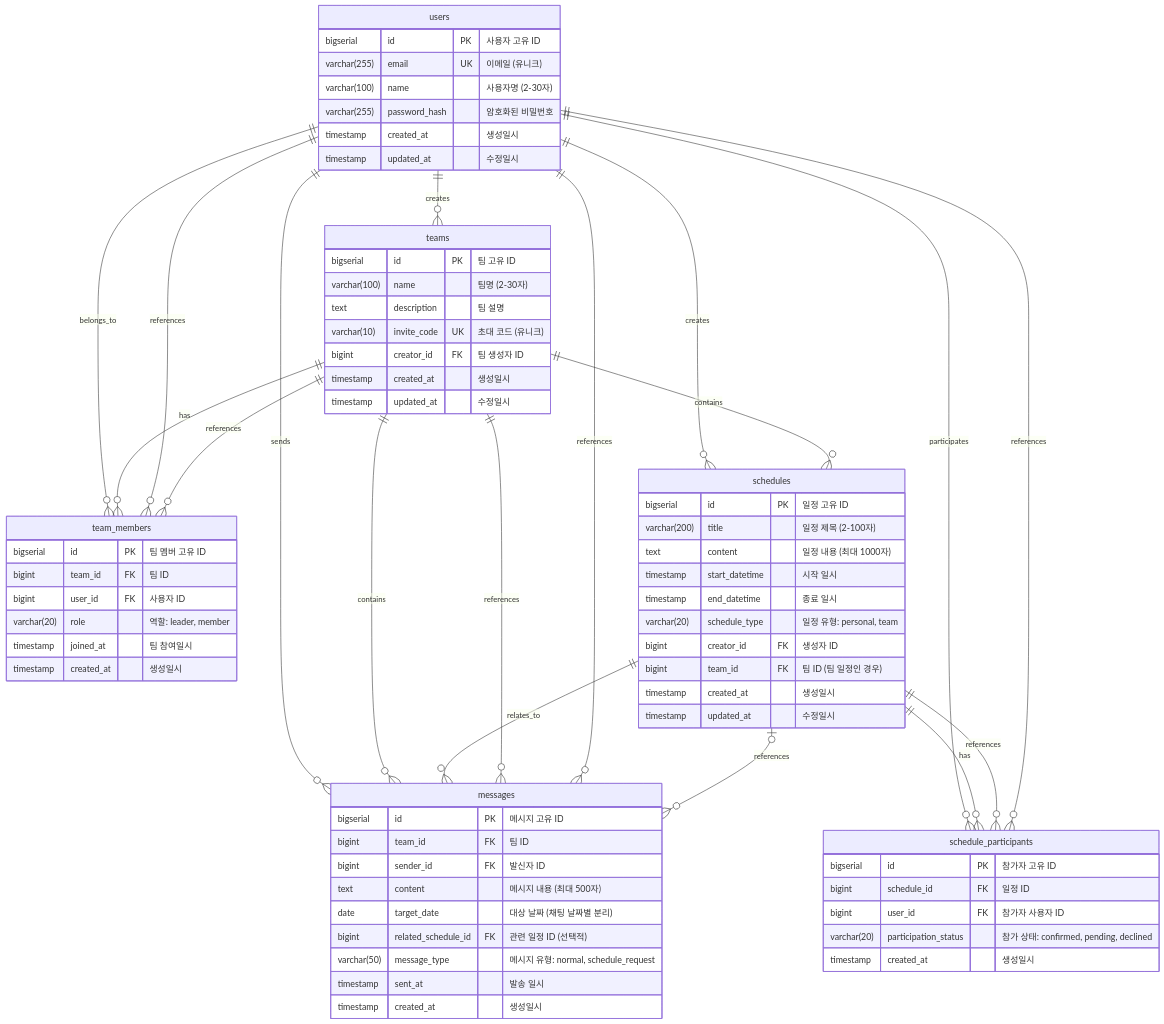
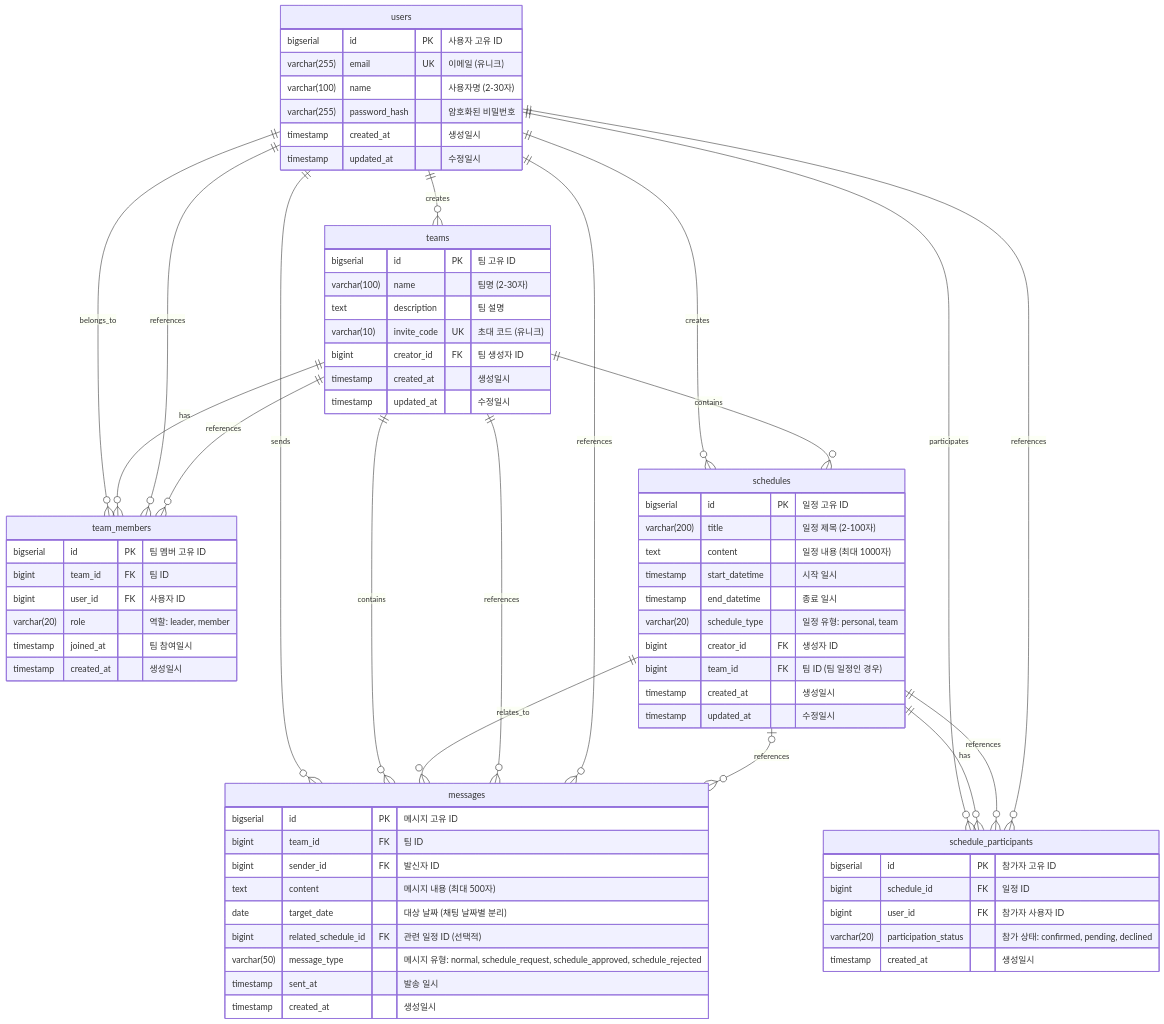
The diagram in docs/6-database-erd.md (stepanowon/team-caltalk), drawn with Mermaid before and after one commit. The commit also changed other lines of this file and 6 other files, not shown here.

```diff
--- a/docs/6-database-erd.md
+++ b/docs/6-database-erd.md
@@ -72,7 +94,7 @@
         text content "메시지 내용 (최대 500자)"
         date target_date "대상 날짜 (채팅 날짜별 분리)"
         bigint related_schedule_id FK "관련 일정 ID (선택적)"
-        varchar(50) message_type "메시지 유형: normal, schedule_request"
+        varchar(50) message_type "메시지 유형: normal, schedule_request, schedule_approved, schedule_rejected"
         timestamp sent_at "발송 일시"
         timestamp created_at "생성일시"
     }
```
